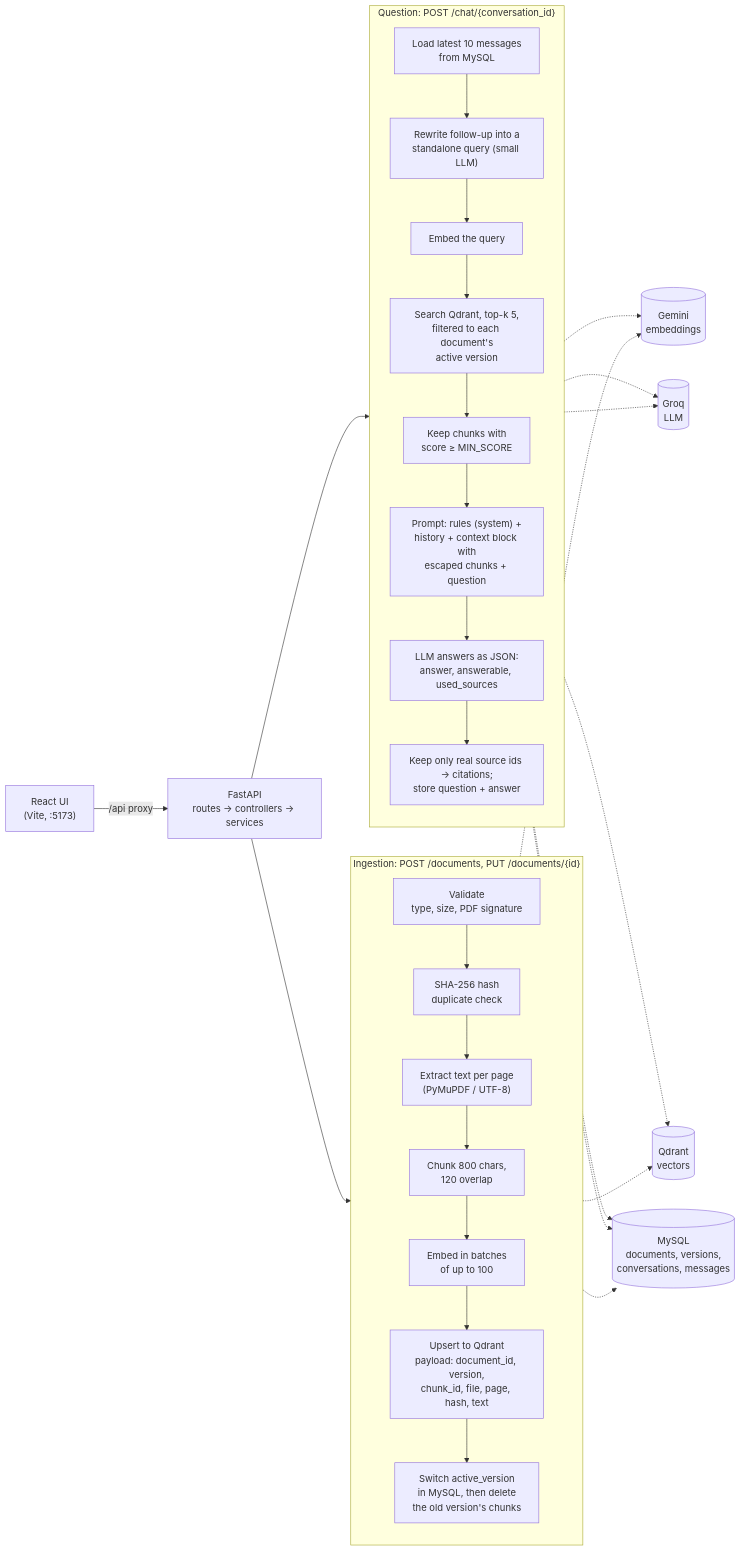
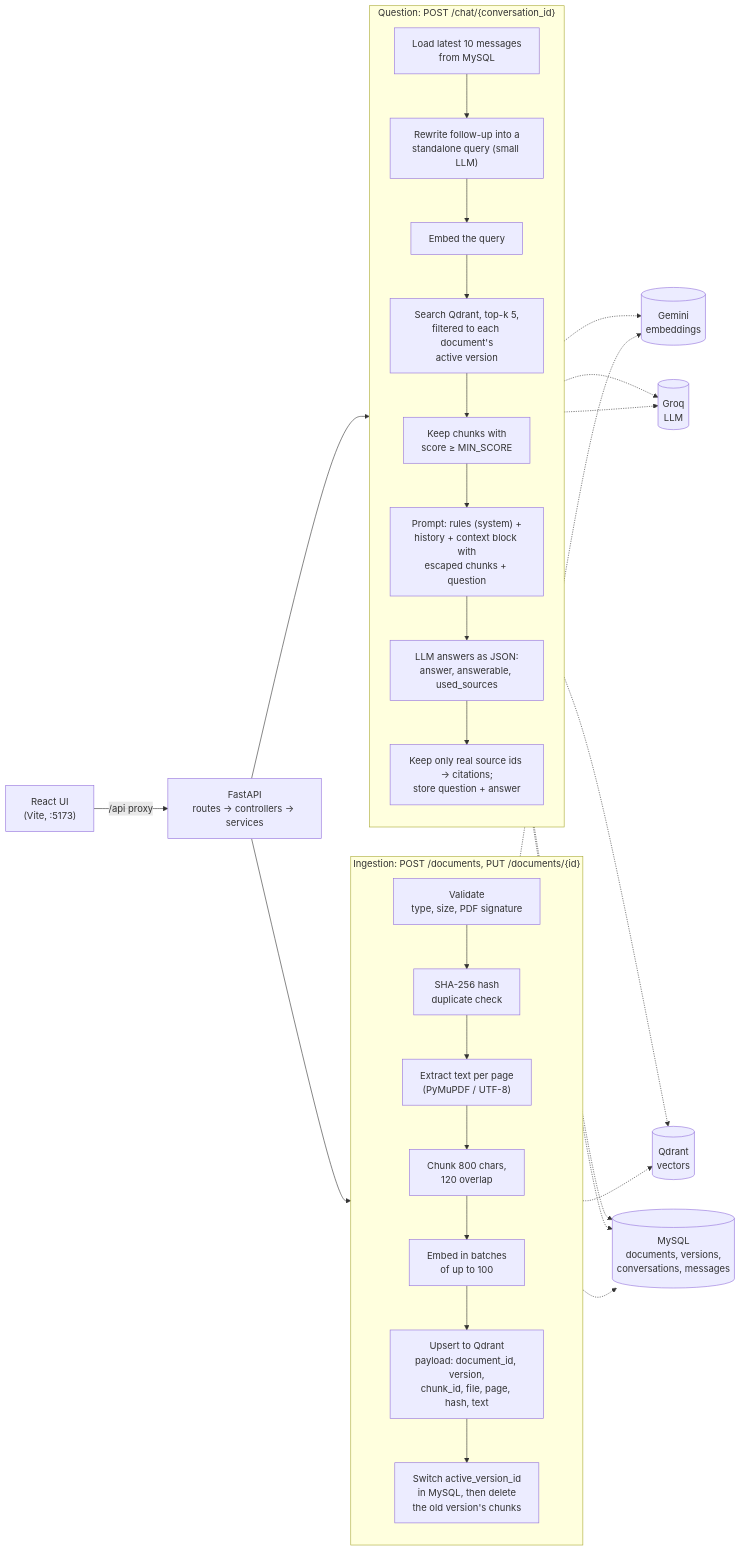
One commit to HarshalMjn/rag-document-assistant changed the diagram in README.md. Above: the diagram before and after it, drawn with Mermaid. The commit also changed other lines of this file, not shown here.

Commit message:
docs: update README for the new schema, recovery and response format

````diff
--- a/README.md
+++ b/README.md
@@ -185,37 +190,37 @@
 ```mermaid
 flowchart LR
     UI["React UI<br/>(Vite, :5173)"] -->|/api proxy| API["FastAPI<br/>routes → controllers → services"]
 
     subgraph Ingestion["Ingestion: POST /documents, PUT /documents/{id}"]
         direction TB
         V["Validate<br/>type, size, PDF signature"] --> H["SHA-256 hash<br/>duplicate check"]
         H --> X["Extract text per page<br/>(PyMuPDF / UTF-8)"]
         X --> C["Chunk 800 chars,<br/>120 overlap"]
         C --> E1["Embed in batches<br/>of up to 100"]
         E1 --> Q1["Upsert to Qdrant<br/>payload: document_id, version,<br/>chunk_id, file, page, hash, text"]
-        Q1 --> SW["Switch active_version<br/>in MySQL, then delete<br/>the old version's chunks"]
+        Q1 --> SW["Switch active_version_id<br/>in MySQL, then delete<br/>the old version's chunks"]
     end
 
     subgraph Chat["Question: POST /chat/{conversation_id}"]
         direction TB
         HI["Load latest 10 messages<br/>from MySQL"] --> RW["Rewrite follow-up into a<br/>standalone query (small LLM)"]
         RW --> E2["Embed the query"]
         E2 --> S["Search Qdrant, top-k 5,<br/>filtered to each document's<br/>active version"]
         S --> T["Keep chunks with<br/>score ≥ MIN_SCORE"]
         T --> P["Prompt: rules (system) +<br/>history + context block with<br/>escaped chunks + question"]
         P --> L["LLM answers as JSON:<br/>answer, answerable, used_sources"]
         L --> CI["Keep only real source ids → citations;<br/>store question + answer"]
     end
 
     API --> Ingestion
     API --> Chat
     E1 -.-> GEM[("Gemini<br/>embeddings")]
     E2 -.-> GEM
     RW -.-> GROQ[("Groq<br/>LLM")]
     L -.-> GROQ
     Q1 -.-> QD[("Qdrant<br/>vectors")]
     S -.-> QD
     SW -.-> DB[("MySQL<br/>documents, versions,<br/>conversations, messages")]
     HI -.-> DB
     CI -.-> DB
 ```
````
